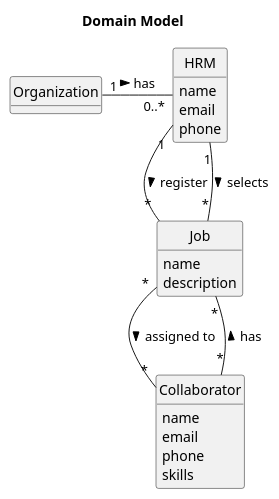
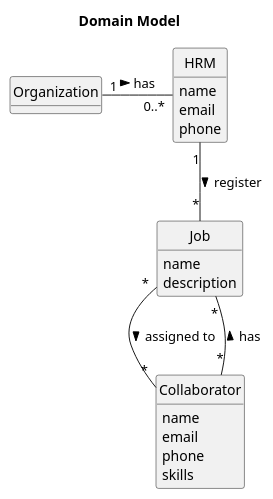
Before and after one commit to daniel41silva05/ISEP_2023_2024_LAPR2: the diagram in docs/sprintA/us002/02.analysis/puml/us002-domain-model.puml, drawn with PlantUML.

Commit message:
Update US002 and US007

```diff
--- a/docs/sprintA/us002/02.analysis/puml/us002-domain-model.puml
+++ b/docs/sprintA/us002/02.analysis/puml/us002-domain-model.puml
@@ -1,45 +1,44 @@
 @startuml
 skinparam monochrome true
 skinparam packageStyle rectangle
 skinparam shadowing false
 
 'left to right direction
 
 skinparam classAttributeIconSize 0
 
 hide circle
 
 hide methods
 
 title Domain Model
 
 class Organization {
 
 }
 
 class Job {
     name
     description
 
 }
 
 class HRM {
     name
     email
     phone
 }
 
 class Collaborator {
     name
     email
     phone
     skills
 }
 
 Organization "1" - "0..*" HRM: has >
 HRM "1" -- "*" Job : register   >
-HRM "1" -- "*" Job : selects   >
 Collaborator "*" -- "*" Job : has >
 Job "*" -- "*" Collaborator: assigned to >
 
 @enduml
```
